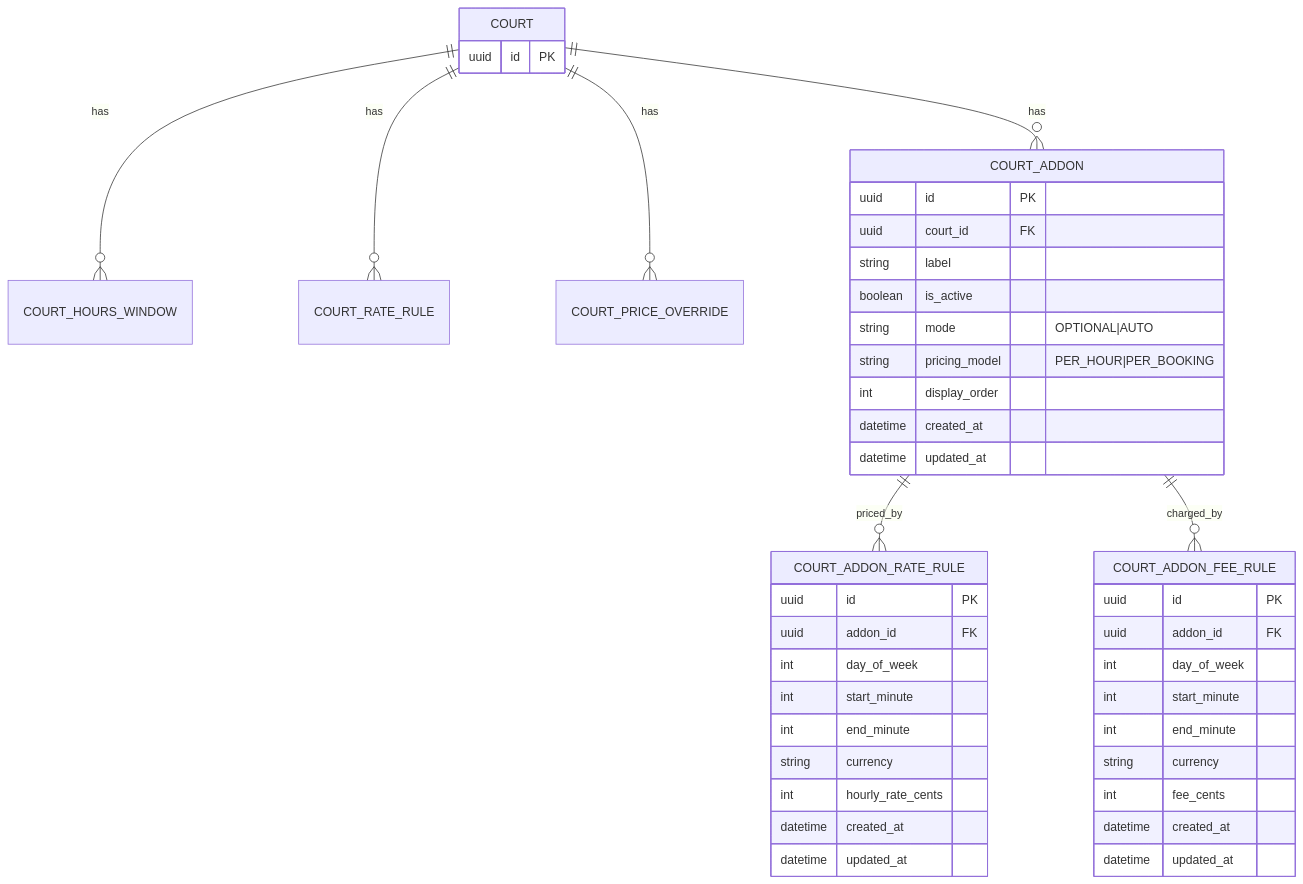
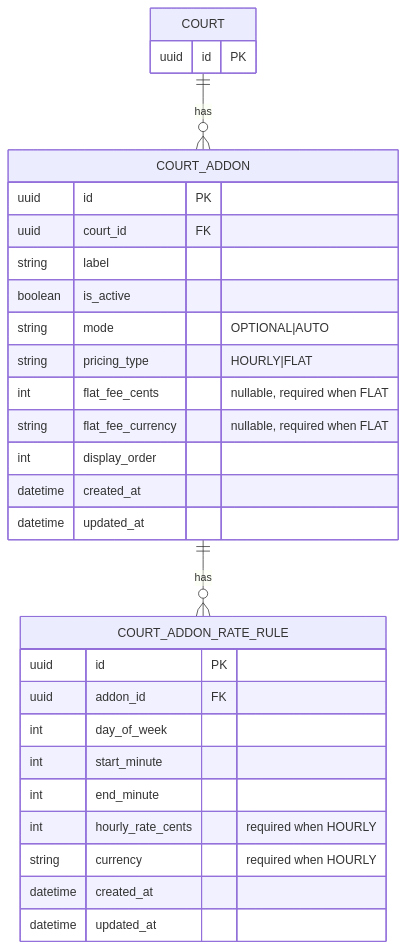
One commit to raphaelmans/next16bp changed the second of 2 diagrams in docs/schedule-pricing-addons-erd.md. Above: the diagram before and after it, drawn with Mermaid. The commit also changed other lines of this file and 121 other files, not shown here.

First line of the commit message:
feat: add addon pricing v2 rollout

````diff
--- a/docs/schedule-pricing-addons-erd.md
+++ b/docs/schedule-pricing-addons-erd.md
@@ -81,50 +79,35 @@
 ```mermaid
 erDiagram
-  COURT ||--o{ COURT_HOURS_WINDOW : has
-  COURT ||--o{ COURT_RATE_RULE : has
-  COURT ||--o{ COURT_PRICE_OVERRIDE : has
   COURT ||--o{ COURT_ADDON : has
-
-  COURT_ADDON ||--o{ COURT_ADDON_RATE_RULE : priced_by
-  COURT_ADDON ||--o{ COURT_ADDON_FEE_RULE : charged_by
+  COURT_ADDON ||--o{ COURT_ADDON_RATE_RULE : has
 
   COURT {
     uuid id PK
   }
 
   COURT_ADDON {
     uuid id PK
     uuid court_id FK
     string label
     boolean is_active
-    string mode  "OPTIONAL|AUTO"
-    string pricing_model  "PER_HOUR|PER_BOOKING"
+    string mode "OPTIONAL|AUTO"
+    string pricing_type "HOURLY|FLAT"
+    int flat_fee_cents "nullable, required when FLAT"
+    string flat_fee_currency "nullable, required when FLAT"
     int display_order
     datetime created_at
     datetime updated_at
   }
 
   COURT_ADDON_RATE_RULE {
     uuid id PK
     uuid addon_id FK
     int day_of_week
     int start_minute
     int end_minute
-    string currency
-    int hourly_rate_cents
-    datetime created_at
-    datetime updated_at
-  }
-
-  COURT_ADDON_FEE_RULE {
-    uuid id PK
-    uuid addon_id FK
-    int day_of_week
-    int start_minute
-    int end_minute
-    string currency
-    int fee_cents
+    int hourly_rate_cents "required when HOURLY"
+    string currency "required when HOURLY"
     datetime created_at
     datetime updated_at
   }
 ```
````
